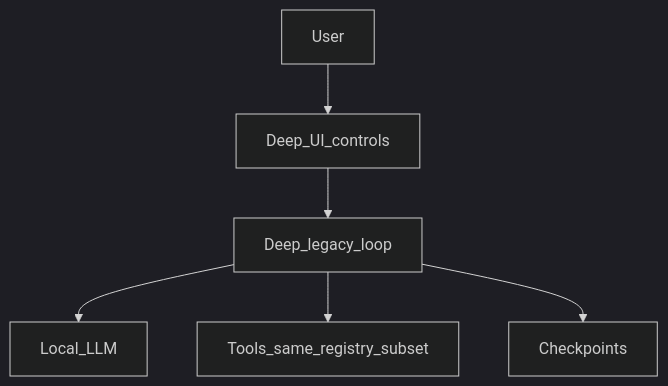
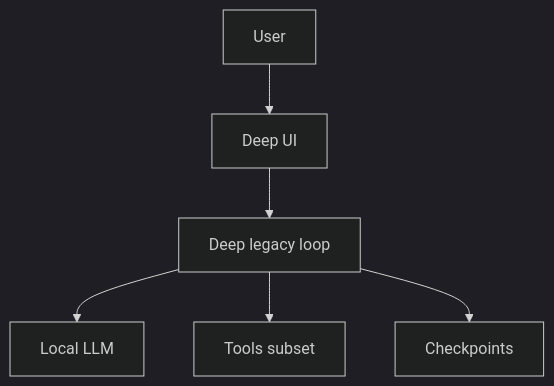
One commit to threenebula23/Lorne changed the diagram in wiki/MODES/deep.md. Above: the diagram before and after it, drawn with Mermaid (dark theme). The commit also changed 5 other files, not shown here.

````diff
--- a/wiki/MODES/deep.md
+++ b/wiki/MODES/deep.md
@@ -24,8 +24,8 @@
 ```mermaid
 flowchart TB
-  user[User] --> ui[Deep_UI_controls]
-  ui --> loop[Deep_legacy_loop]
-  loop --> local[Local_LLM]
-  loop --> tools[Tools_same_registry_subset]
-  loop --> cp[Checkpoints]
+  userNode[User] --> uiNode[Deep UI]
+  uiNode --> loopNode[Deep legacy loop]
+  loopNode --> localNode[Local LLM]
+  loopNode --> toolsNode[Tools subset]
+  loopNode --> cpNode[Checkpoints]
 ```
````
